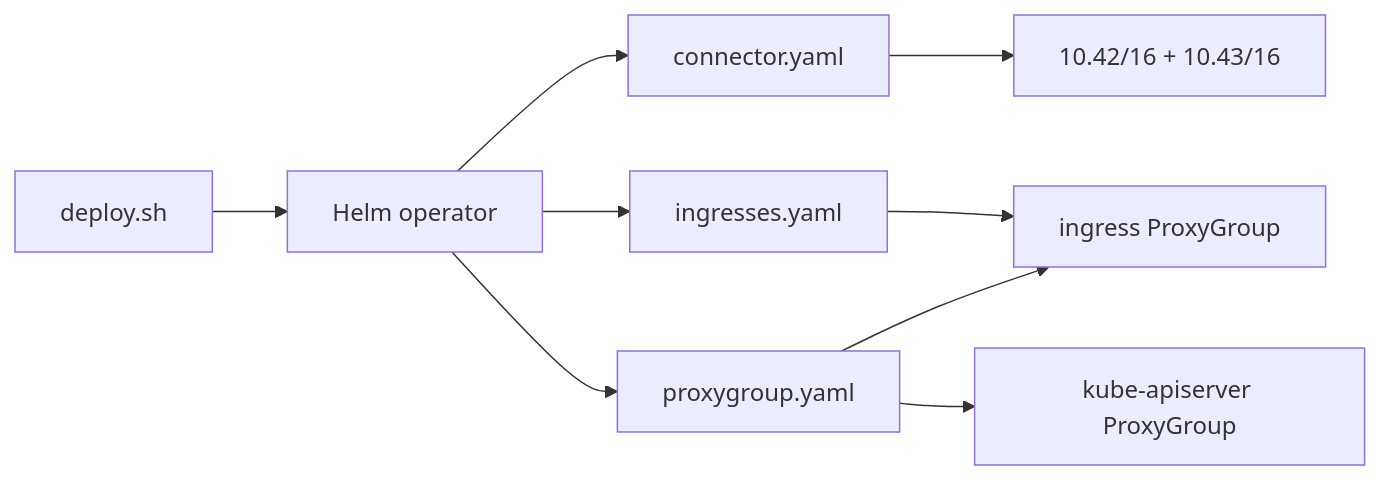
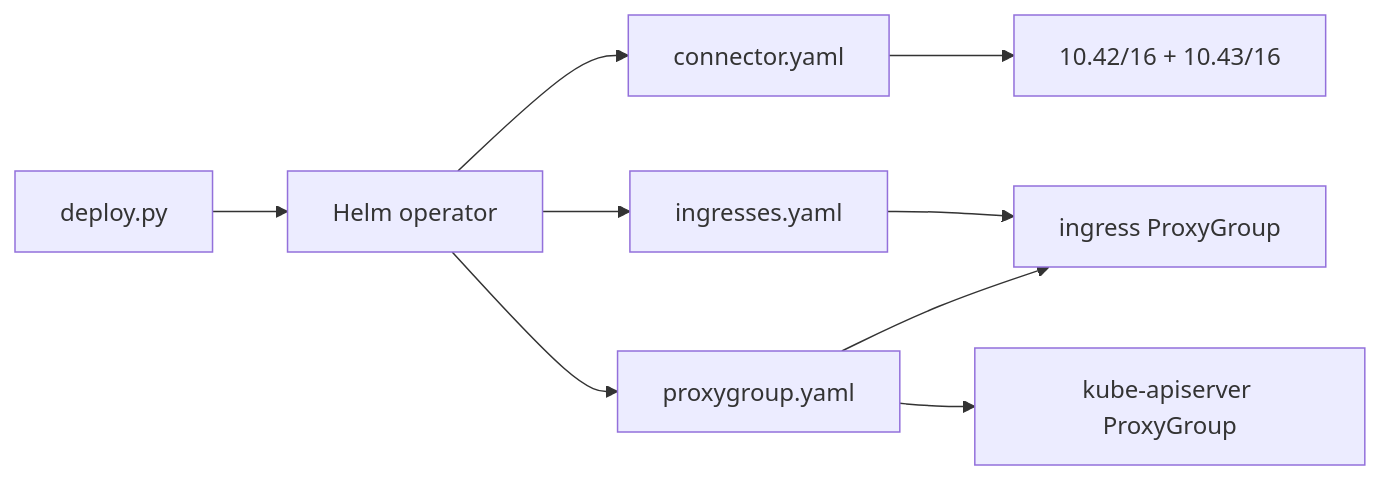
One commit to Themis128/cloudless.gr changed the diagram in infrastructure/tailscale/README.md. Above: the diagram before and after it, drawn with Mermaid. The commit also changed other lines of this file and 130 other files, not shown here.

First line of the commit message:
docs: update architecture docs for AppFlowy CMS + post-sweep script refs (#2035)

````diff
--- a/infrastructure/tailscale/README.md
+++ b/infrastructure/tailscale/README.md
@@ -44,11 +44,11 @@
 ```mermaid
 flowchart LR
-  deploy[deploy.sh] --> helm[Helm operator]
+  deploy[deploy.py] --> helm[Helm operator]
   helm --> C[connector.yaml]
   helm --> P[proxygroup.yaml]
   helm --> I[ingresses.yaml]
   C --> routes["10.42/16 + 10.43/16"]
   P --> ing[ingress ProxyGroup]
   P --> kube[kube-apiserver ProxyGroup]
   I --> ing
 ```
````
